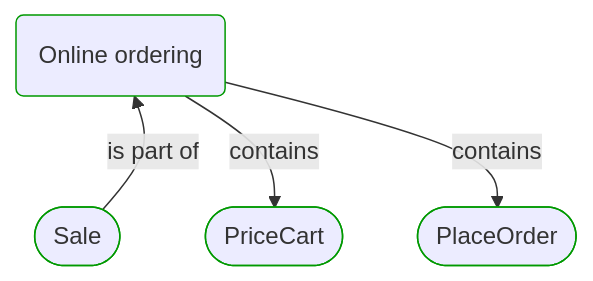
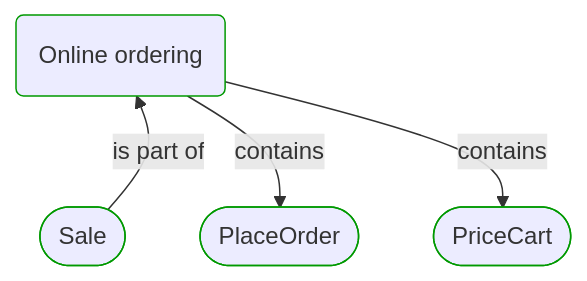
The first of 4 diagrams in Docs/P3/MermaidOutput/Processes/Sale/Online ordering/Online ordering.md (itlibrium/DDD-starter-dotnet), drawn with Mermaid before and after one commit. The commit also changed 78 other files, not shown here.

````diff
--- a/Docs/P3/MermaidOutput/Processes/Sale/Online ordering/Online ordering.md
+++ b/Docs/P3/MermaidOutput/Processes/Sale/Online ordering/Online ordering.md
@@ -20,20 +20,20 @@
 ```mermaid
   flowchart TB
     0(Online ordering)
     class 0 DomainPerspective
     1([Sale])
     class 1 DomainPerspective
     1---0
     1-->|is part of|0
     0---1
-    2([PriceCart])
+    2([PlaceOrder])
     class 2 DomainPerspective
     0-->|contains|2
-    3([PlaceOrder])
+    3([PriceCart])
     class 3 DomainPerspective
     0-->|contains|3
     linkStyle 0,2 stroke:none
     classDef DomainPerspective stroke:#009900
     classDef TechnologyPerspective stroke:#1F41EB
     classDef PeoplePerspective stroke:#FFF014
 ```
````
